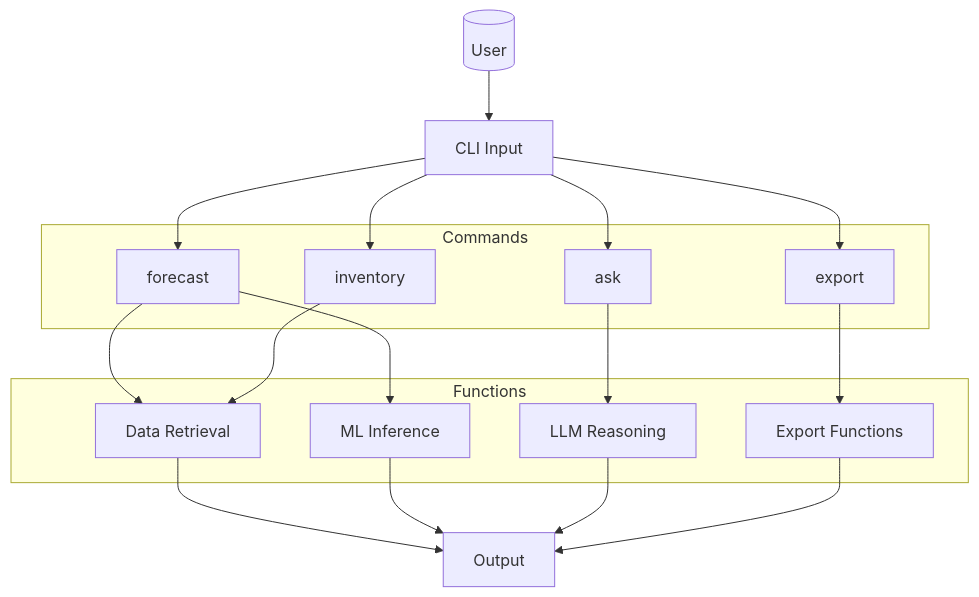
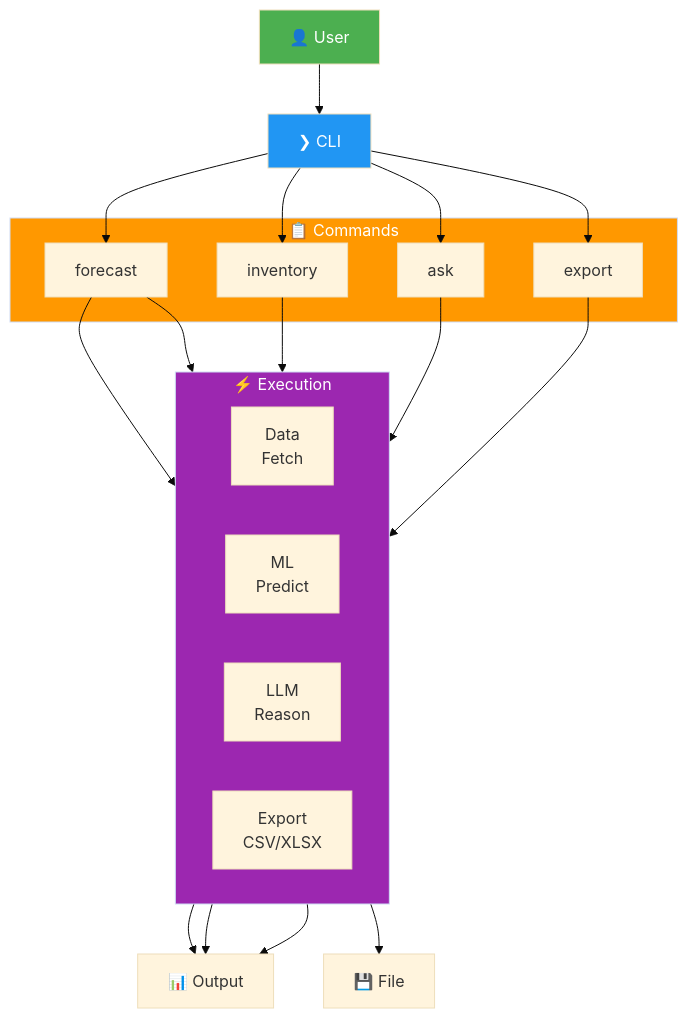
Before and after one commit to project-merlin-00/cysmic-fuel-forecasting: the fourth of 5 diagrams in docs/architecture.md, drawn with Mermaid. The commit also changed other lines of this file, not shown here.

Commit message:
Update architecture diagrams with styled Mermaid

````diff
--- a/docs/architecture.md
+++ b/docs/architecture.md
@@ -138,34 +121,41 @@
 ```mermaid
+%%{init: {'theme': 'base'}}%%
 flowchart TB
-    User[(User)] --> CLI[CLI Input]
+    User[👤 User] --> CLI[❯ CLI]
     
-    subgraph "Commands"
+    subgraph Commands["📋 Commands"]
         FC[forecast]
         INV[inventory]
         ASK[ask]
         EXP[export]
     end
     
-    subgraph "Functions"
-        Data[Data Retrieval]
-        ML[ML Inference]
-        LLM[LLM Reasoning]
-        EXP_F[Export Functions]
+    subgraph Execution["⚡ Execution"]
+        direction LR
+        Data[Data<br/>Fetch]
+        ML[ML<br/>Predict]
+        LLM[LLM<br/>Reason]
+        EXP_F[Export<br/>CSV/XLSX]
     end
     
     CLI --> FC
     CLI --> INV
     CLI --> ASK
     CLI --> EXP
     
     FC --> Data
     FC --> ML
     INV --> Data
     ASK --> LLM
     EXP --> EXP_F
     
-    Data --> Out[Output]
-    ML --> Out
-    LLM --> Out
-    EXP_F --> Out
+    ML --> Output[📊 Output]
+    Data --> Output
+    LLM --> Output
+    EXP_F --> File[💾 File]
+    
+    style User fill:#4caf50,color:#fff
+    style CLI fill:#2196f3,color:#fff
+    style Commands fill:#ff9800,color:#fff
+    style Execution fill:#9c27b0,color:#fff
 ```
````
